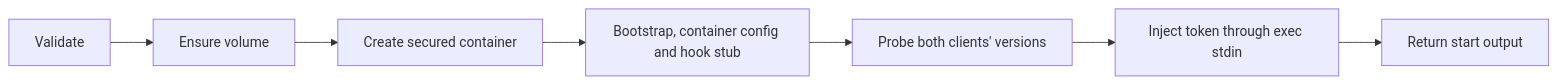
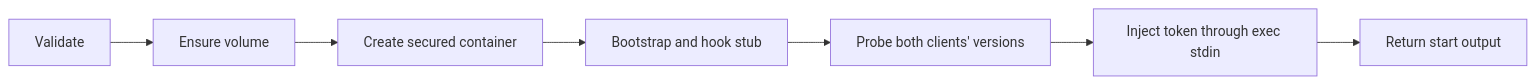
The diagram in docs/docker-broker-protocol.md (ophis/agent-pm), drawn with Mermaid before and after one commit. The commit also changed other lines of this file and 64 other files, not shown here.

First line of the commit message:
Manifest drops container_config; github is null or {"app"}

````diff
--- a/docs/docker-broker-protocol.md
+++ b/docs/docker-broker-protocol.md
@@ -115,9 +113,9 @@
 ```mermaid
 flowchart LR
     V[Validate] --> W[Ensure volume]
     W --> C[Create secured container]
-    C --> B[Bootstrap, container config and hook stub]
+    C --> B[Bootstrap and hook stub]
     B --> P[Probe both clients' versions]
     P --> T[Inject token through exec stdin]
     T --> O[Return start output]
 ```
````
